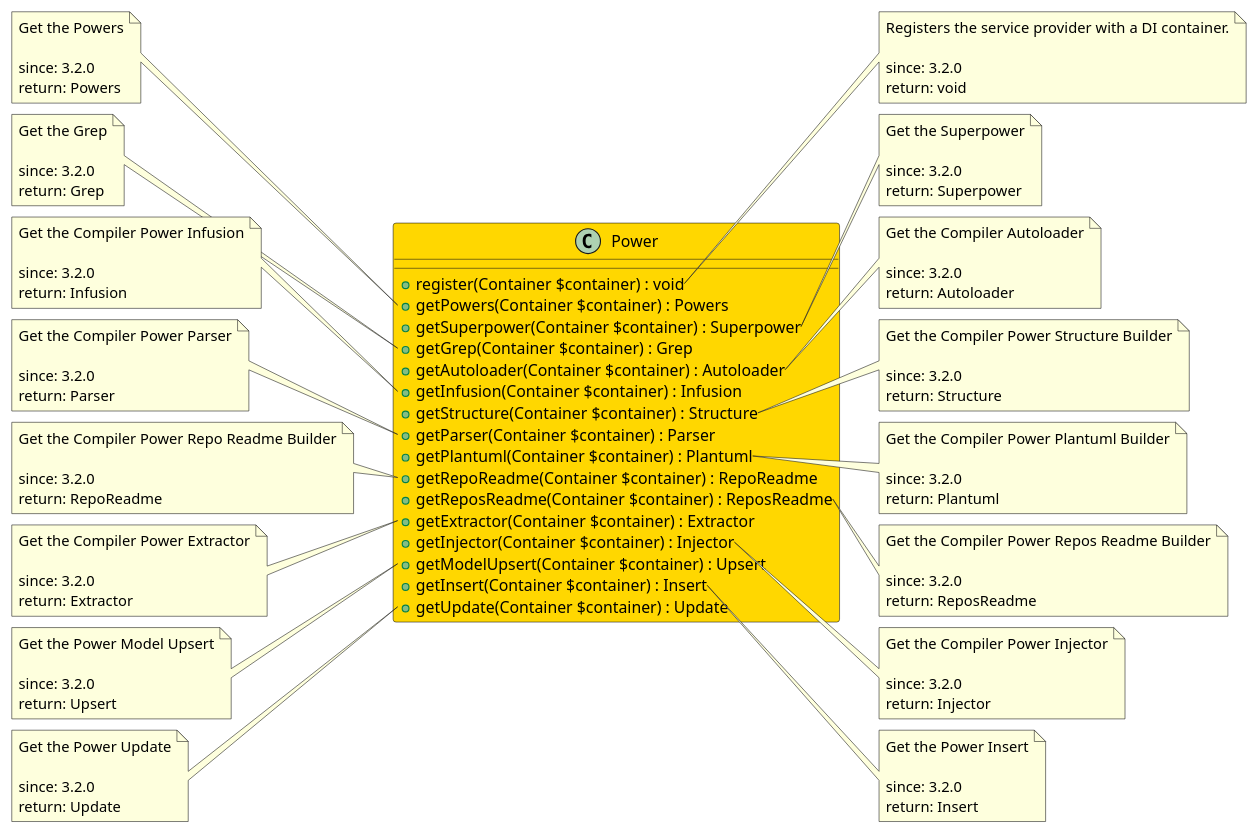
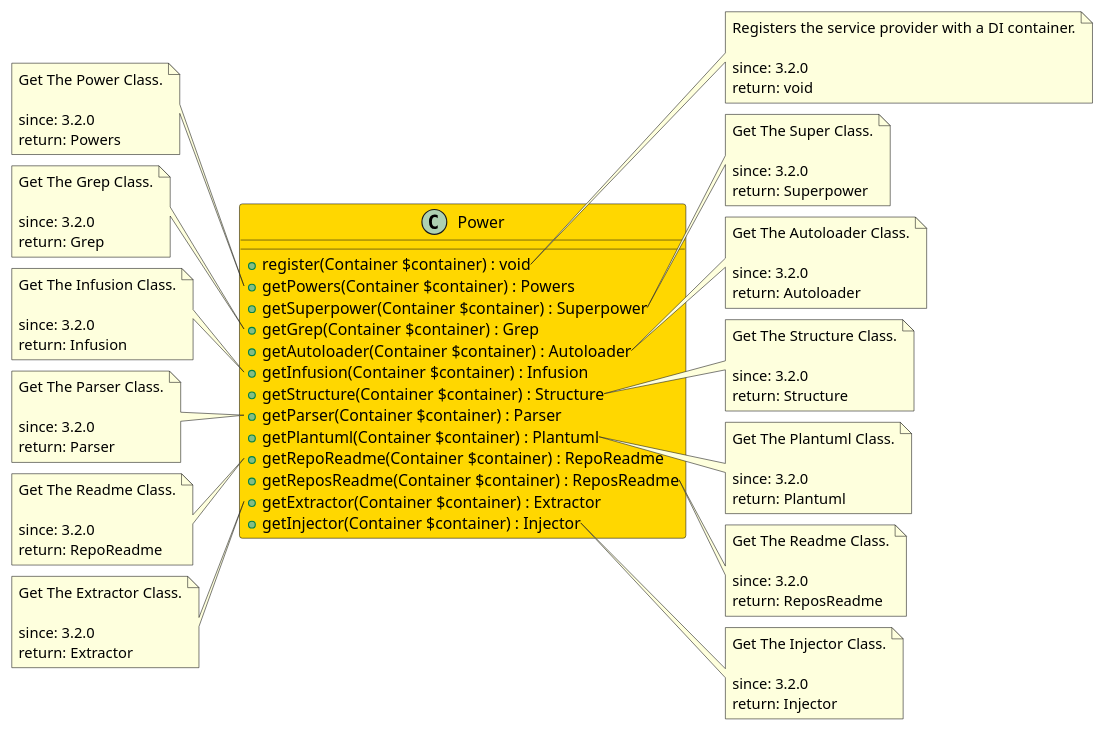
Before and after one commit to joomengine/jcb-compiler: the diagram in src/de01527a-6586-46ea-92e7-11ea3de1cedb/README.md, drawn with PlantUML. The commit also changed other lines of this file and 969 other files, not shown here.

````diff
--- a/src/de01527a-6586-46ea-92e7-11ea3de1cedb/README.md
+++ b/src/de01527a-6586-46ea-92e7-11ea3de1cedb/README.md
@@ -24,9 +25,6 @@
   + getReposReadme(Container $container) : ReposReadme
   + getExtractor(Container $container) : Extractor
   + getInjector(Container $container) : Injector
-  + getModelUpsert(Container $container) : Upsert
-  + getInsert(Container $container) : Insert
-  + getUpdate(Container $container) : Update
 }
 
 note right of Power::register
@@ -37,109 +35,88 @@
 end note
 
 note left of Power::getPowers
-  Get the Powers
+  Get The Power Class.
 
   since: 3.2.0
   return: Powers
 end note
 
 note right of Power::getSuperpower
-  Get the Superpower
+  Get The Super Class.
 
   since: 3.2.0
   return: Superpower
 end note
 
 note left of Power::getGrep
-  Get the Grep
+  Get The Grep Class.
 
   since: 3.2.0
   return: Grep
 end note
 
 note right of Power::getAutoloader
-  Get the Compiler Autoloader
+  Get The Autoloader Class.
 
   since: 3.2.0
   return: Autoloader
 end note
 
 note left of Power::getInfusion
-  Get the Compiler Power Infusion
+  Get The Infusion Class.
 
   since: 3.2.0
   return: Infusion
 end note
 
 note right of Power::getStructure
-  Get the Compiler Power Structure Builder
+  Get The Structure Class.
 
   since: 3.2.0
   return: Structure
 end note
 
 note left of Power::getParser
-  Get the Compiler Power Parser
+  Get The Parser Class.
 
   since: 3.2.0
   return: Parser
 end note
 
 note right of Power::getPlantuml
-  Get the Compiler Power Plantuml Builder
+  Get The Plantuml Class.
 
   since: 3.2.0
   return: Plantuml
 end note
 
 note left of Power::getRepoReadme
-  Get the Compiler Power Repo Readme Builder
+  Get The Readme Class.
 
   since: 3.2.0
   return: RepoReadme
 end note
 
 note right of Power::getReposReadme
-  Get the Compiler Power Repos Readme Builder
+  Get The Readme Class.
 
   since: 3.2.0
   return: ReposReadme
 end note
 
 note left of Power::getExtractor
-  Get the Compiler Power Extractor
+  Get The Extractor Class.
 
   since: 3.2.0
   return: Extractor
 end note
 
 note right of Power::getInjector
-  Get the Compiler Power Injector
+  Get The Injector Class.
 
   since: 3.2.0
   return: Injector
 end note
-
-note left of Power::getModelUpsert
-  Get the Power Model Upsert
-
-  since: 3.2.0
-  return: Upsert
-end note
-
-note right of Power::getInsert
-  Get the Power Insert
-
-  since: 3.2.0
-  return: Insert
-end note
-
-note left of Power::getUpdate
-  Get the Power Update
-
-  since: 3.2.0
-  return: Update
-end note
  
 @enduml
 ```
````
